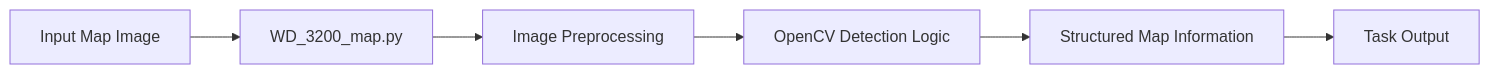
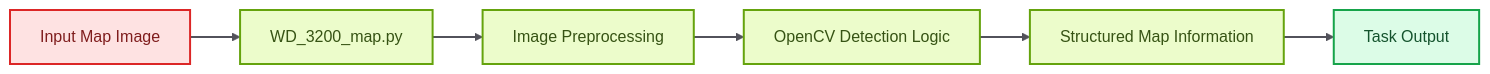
The diagram in README.md (skx56/eyantra_task1c_openCV), drawn with Mermaid before and after one commit.

Commit message:
Colorize README architecture diagram

````diff
--- a/README.md
+++ b/README.md
@@ -28,8 +28,18 @@
 ```mermaid
 flowchart LR
   Map["Input Map Image"] --> Script["WD_3200_map.py"]
   Script --> Preprocess["Image Preprocessing"]
   Preprocess --> Detect["OpenCV Detection Logic"]
   Detect --> Extract["Structured Map Information"]
   Extract --> Output["Task Output"]
+
+  classDef inputs fill:#FEE2E2,stroke:#DC2626,color:#7F1D1D,stroke-width:2px;
+  classDef process fill:#ECFCCB,stroke:#65A30D,color:#365314,stroke-width:2px;
+  classDef data fill:#DBEAFE,stroke:#2563EB,color:#1E3A8A,stroke-width:2px;
+  classDef agent fill:#FAE8FF,stroke:#C026D3,color:#701A75,stroke-width:2px;
+  classDef output fill:#DCFCE7,stroke:#16A34A,color:#14532D,stroke-width:2px;
+  class Map inputs;
+  class Script,Preprocess,Detect,Extract process;
+  class Output output;
+  linkStyle default stroke:#52525B,stroke-width:2px;
 ```
````
